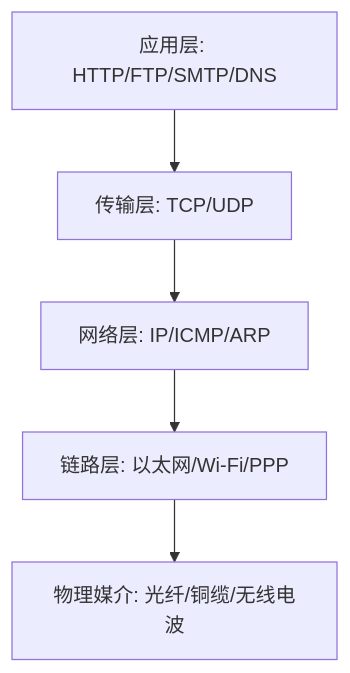
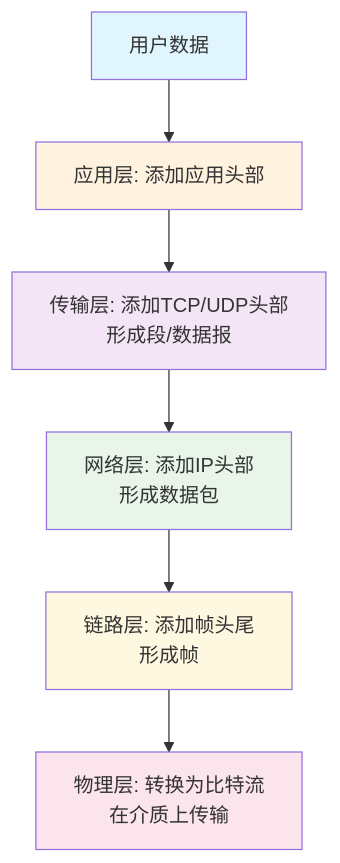
Before and after one commit to ralph-wren/TechStack-Handbook: the second of 33 diagrams in 2.网络知识.md, drawn with Mermaid. The commit also changed other lines of this file and 2 other files, not shown here.

````diff
--- a/2.网络知识.md
+++ b/2.网络知识.md
@@ -303,7 +486,15 @@
 ```mermaid
-graph TD
-    A[应用层: HTTP/FTP/SMTP/DNS] --> B[传输层: TCP/UDP]
-    B --> C[网络层: IP/ICMP/ARP]
-    C --> D[链路层: 以太网/Wi-Fi/PPP]
-    D --> E[物理媒介: 光纤/铜缆/无线电波]
+flowchart TD
+    A[用户数据] --> A1[应用层: 添加应用头部]
+    A1 --> B[传输层: 添加TCP/UDP头部<br/>形成段/数据报]
+    B --> C[网络层: 添加IP头部<br/>形成数据包]
+    C --> D[链路层: 添加帧头尾<br/>形成帧]
+    D --> E[物理层: 转换为比特流<br/>在介质上传输]
+    
+    style A fill:#e1f5fe
+    style A1 fill:#fff3e0
+    style B fill:#f3e5f5
+    style C fill:#e8f5e8
+    style D fill:#fff8e1
+    style E fill:#fce4ec
 ```
````
